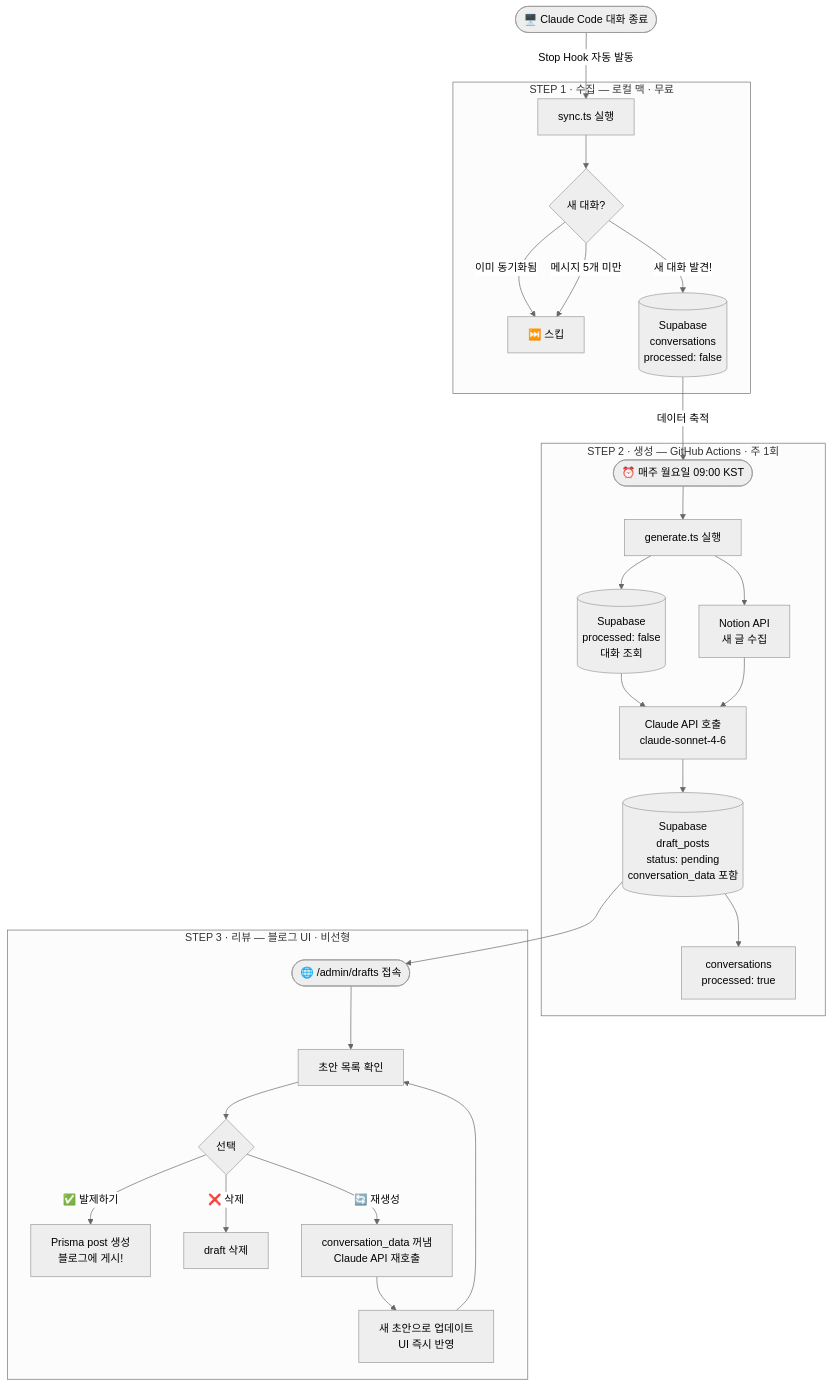
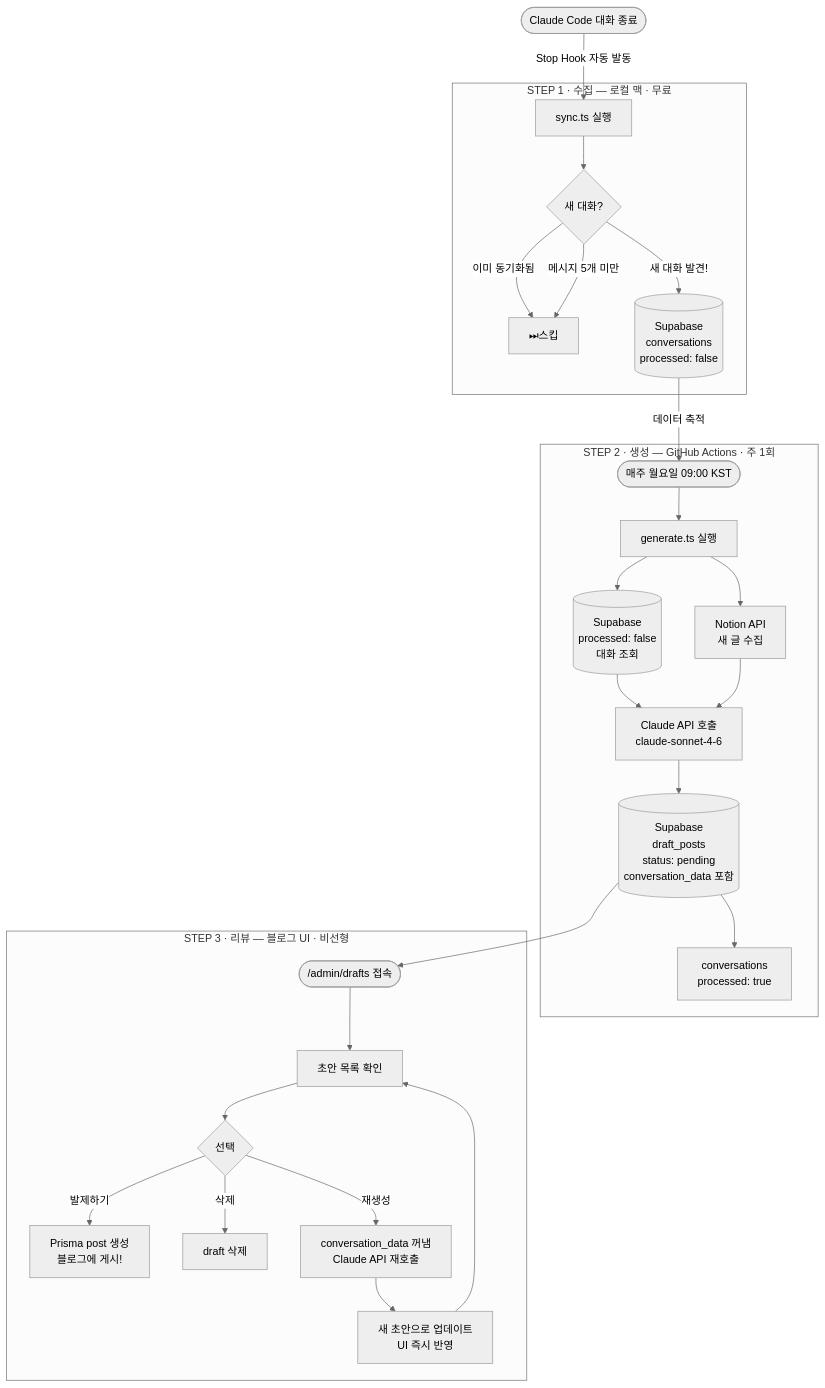
The first of 3 diagrams in README.md (hov-i/auto-blog-posting), drawn with Mermaid (neutral theme) before and after one commit. The commit also changed other lines of this file and 3 other files, not shown here.

````diff
--- a/README.md
+++ b/README.md
@@ -9,38 +9,38 @@
 ```mermaid
 flowchart TD
-    A([🖥️ Claude Code 대화 종료]) -->|Stop Hook 자동 발동| B
+    A([Claude Code 대화 종료]) -->|Stop Hook 자동 발동| B
 
     subgraph STEP1["STEP 1 · 수집 — 로컬 맥 · 무료"]
         B[sync.ts 실행]
         B --> C{새 대화?}
-        C -->|이미 동기화됨| D[⏭️ 스킵]
+        C -->|이미 동기화됨| D[⏭스킵]
         C -->|메시지 5개 미만| D
         C -->|새 대화 발견!| E[(Supabase\nconversations\nprocessed: false)]
     end
 
     E -->|데이터 축적| F
 
     subgraph STEP2["STEP 2 · 생성 — GitHub Actions · 주 1회"]
-        F([⏰ 매주 월요일 09:00 KST])
+        F([매주 월요일 09:00 KST])
         F --> G[generate.ts 실행]
         G --> H[(Supabase\nprocessed: false\n대화 조회)]
         G --> I[Notion API\n새 글 수집]
         H --> J[Claude API 호출\nclaude-sonnet-4-6]
         I --> J
         J --> K[(Supabase\ndraft_posts\nstatus: pending\nconversation_data 포함)]
         K --> L[conversations\nprocessed: true]
     end
 
     K --> M
 
     subgraph STEP3["STEP 3 · 리뷰 — 블로그 UI · 비선형"]
-        M([🌐 /admin/drafts 접속])
+        M([/admin/drafts 접속])
         M --> N[초안 목록 확인]
         N --> O{선택}
-        O -->|✅ 발제하기| P[Prisma post 생성\n블로그에 게시!]
-        O -->|❌ 삭제| Q[draft 삭제]
-        O -->|🔄 재생성| R[conversation_data 꺼냄\nClaude API 재호출]
+        O -->|발제하기| P[Prisma post 생성\n블로그에 게시!]
+        O -->|삭제| Q[draft 삭제]
+        O -->|재생성| R[conversation_data 꺼냄\nClaude API 재호출]
         R --> S[새 초안으로 업데이트\nUI 즉시 반영]
         S --> N
     end
 ```
````
